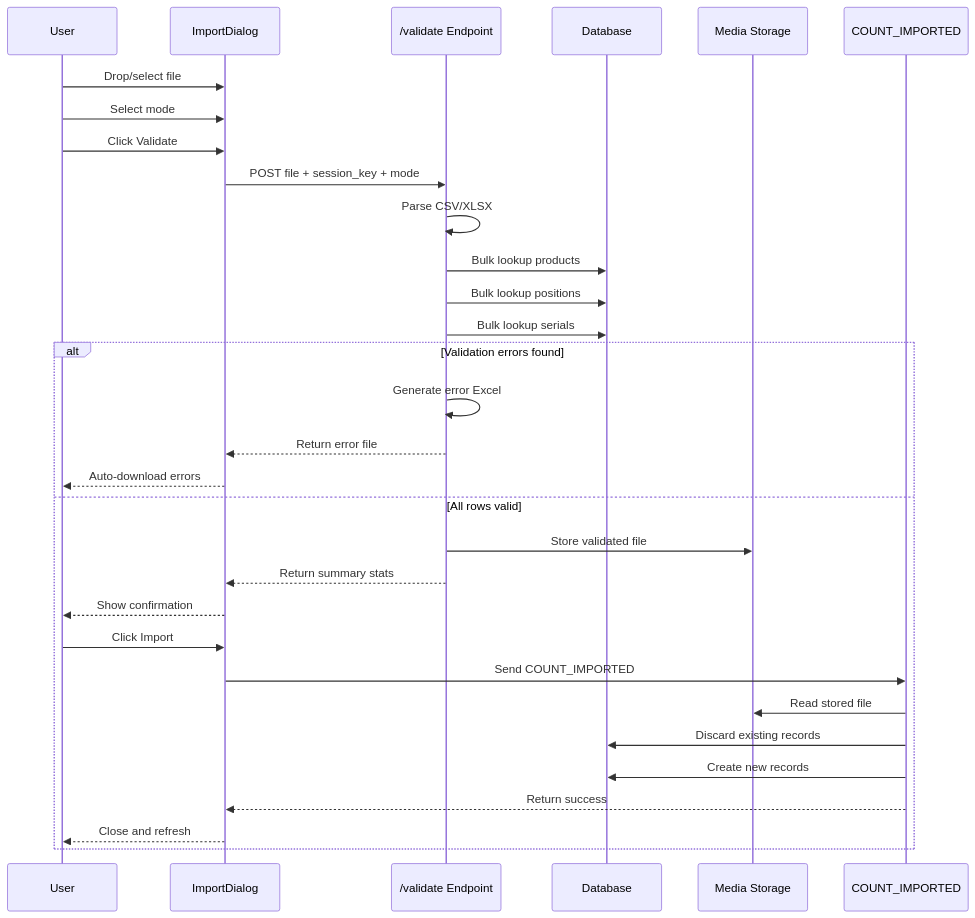
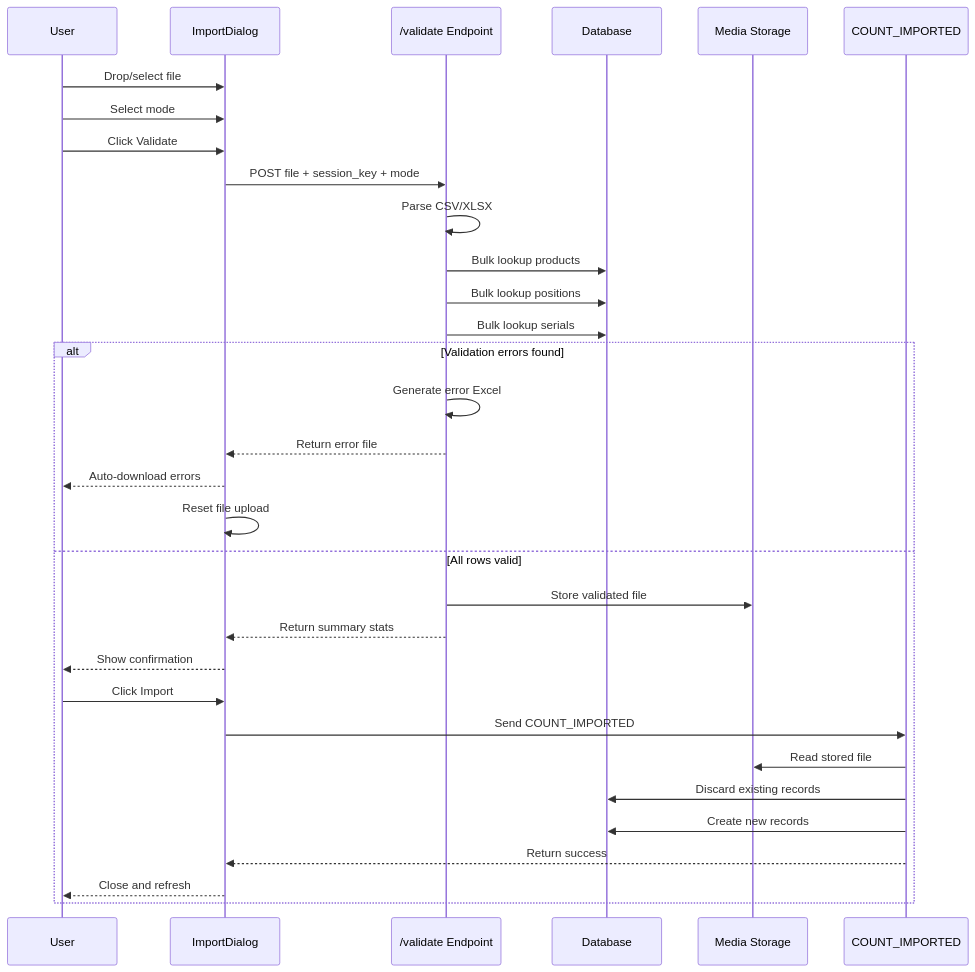
The second of 2 diagrams in km/warehouse/counting/import-export/count-record-import-export.md (ProgressLabIT/progress-platform), drawn with Mermaid before and after one commit. The commit also changed other lines of this file and 1 other file, not shown here.

````diff
--- a/km/warehouse/counting/import-export/count-record-import-export.md
+++ b/km/warehouse/counting/import-export/count-record-import-export.md
@@ -170,36 +170,37 @@
 ```mermaid
 sequenceDiagram
     participant User
     participant Dialog as ImportDialog
     participant API as /validate Endpoint
     participant DB as Database
     participant Media as Media Storage
     participant Event as COUNT_IMPORTED
 
     User->>Dialog: Drop/select file
     User->>Dialog: Select mode
     User->>Dialog: Click Validate
 
     Dialog->>API: POST file + session_key + mode
     API->>API: Parse CSV/XLSX
     API->>DB: Bulk lookup products
     API->>DB: Bulk lookup positions
     API->>DB: Bulk lookup serials
 
     alt Validation errors found
         API->>API: Generate error Excel
         API-->>Dialog: Return error file
         Dialog-->>User: Auto-download errors
+        Dialog->>Dialog: Reset file upload
     else All rows valid
         API->>Media: Store validated file
         API-->>Dialog: Return summary stats
         Dialog-->>User: Show confirmation
         User->>Dialog: Click Import
         Dialog->>Event: Send COUNT_IMPORTED
         Event->>Media: Read stored file
         Event->>DB: Discard existing records
         Event->>DB: Create new records
         Event-->>Dialog: Return success
         Dialog-->>User: Close and refresh
     end
 ```
````
